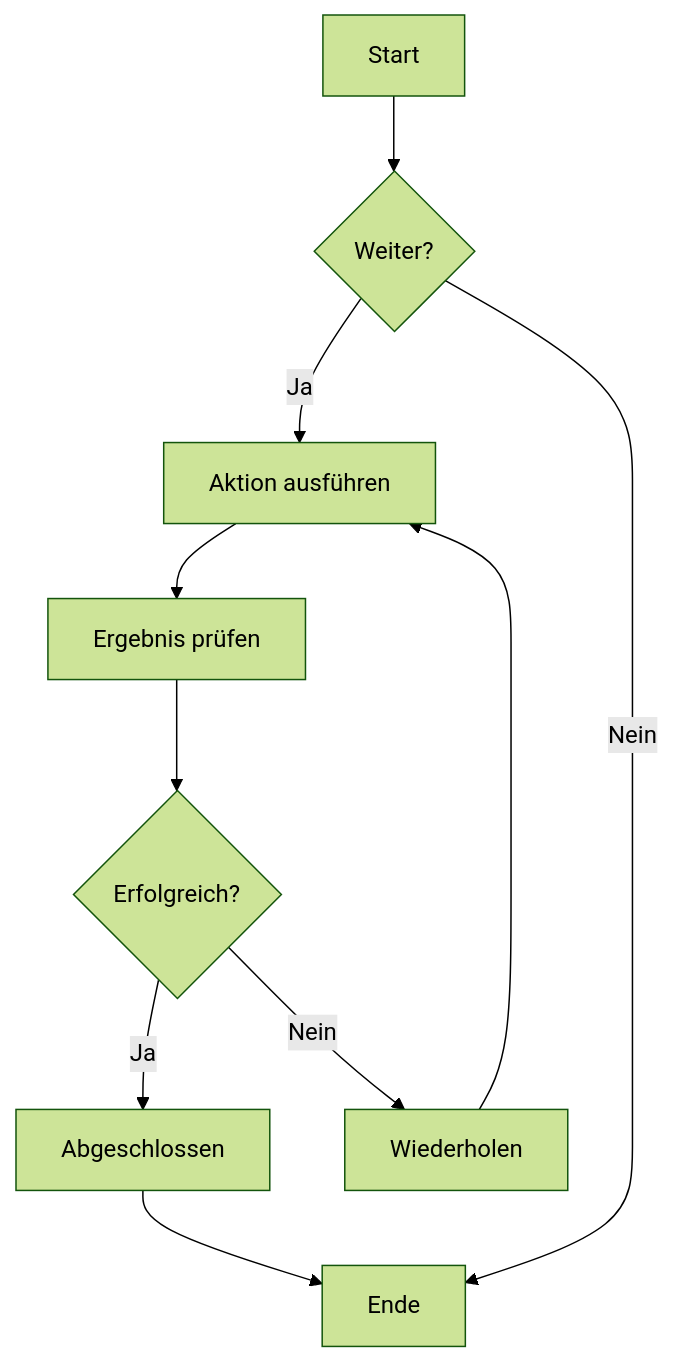
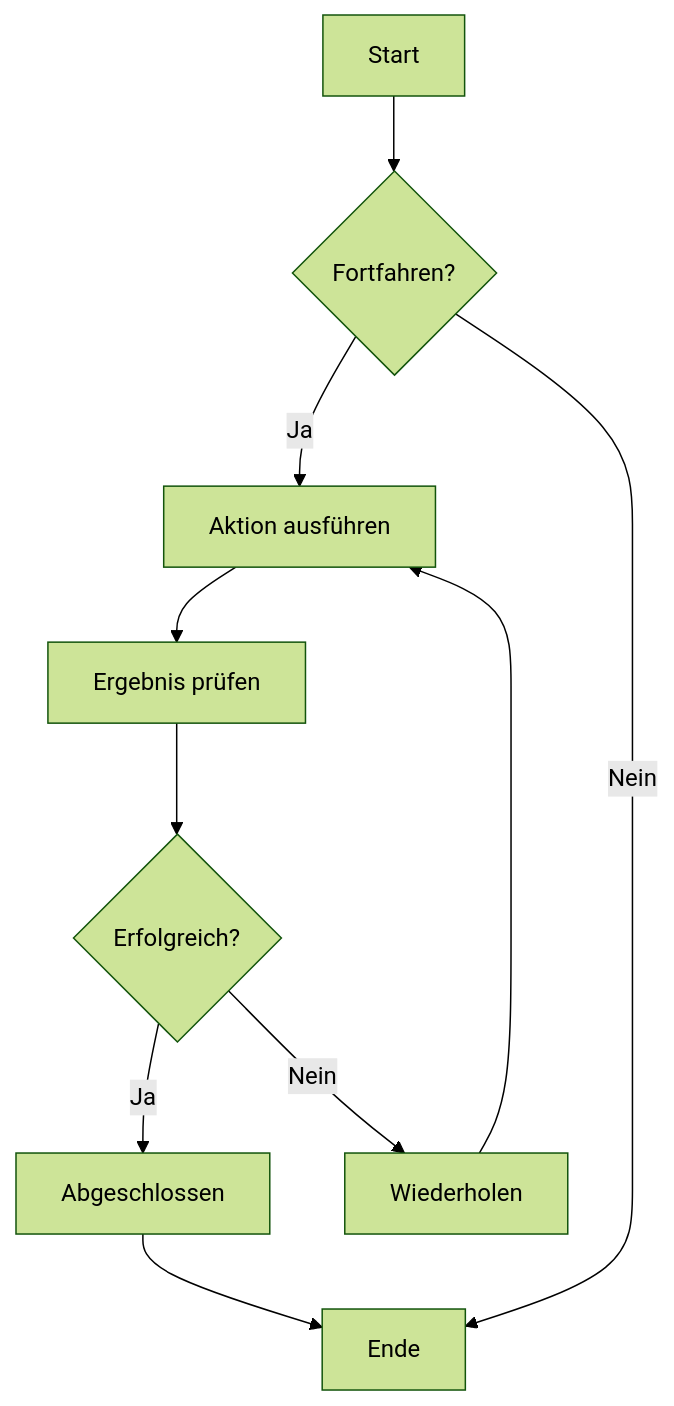
The first of 7 diagrams in .czon/src/de-DE/8938d6aac9c056c06137a041b8e82379bfb619bb6d435b9ecec515337dd0cd69.md (zccz14/CZON), drawn with Mermaid (forest theme) before and after one commit. The commit also changed other lines of this file and 148 other files, not shown here.

````diff
--- a/.czon/src/de-DE/8938d6aac9c056c06137a041b8e82379bfb619bb6d435b9ecec515337dd0cd69.md
+++ b/.czon/src/de-DE/8938d6aac9c056c06137a041b8e82379bfb619bb6d435b9ecec515337dd0cd69.md
@@ -23,12 +22,12 @@
 ```mermaid
 graph TD
-    A[Start] --> B{Weiter?}
+    A[Start] --> B{Fortfahren?}
     B -->|Ja| C[Aktion ausführen]
     B -->|Nein| D[Ende]
     C --> E[Ergebnis prüfen]
     E --> F{Erfolgreich?}
     F -->|Ja| G[Abgeschlossen]
     F -->|Nein| H[Wiederholen]
     H --> C
     G --> D
 ```
````
